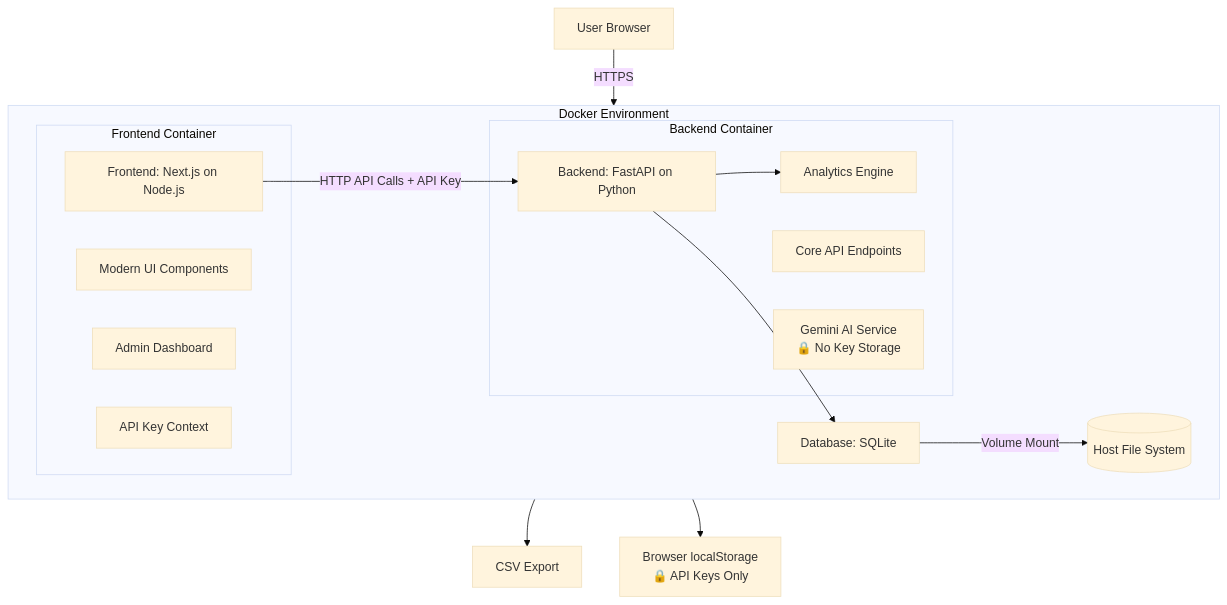
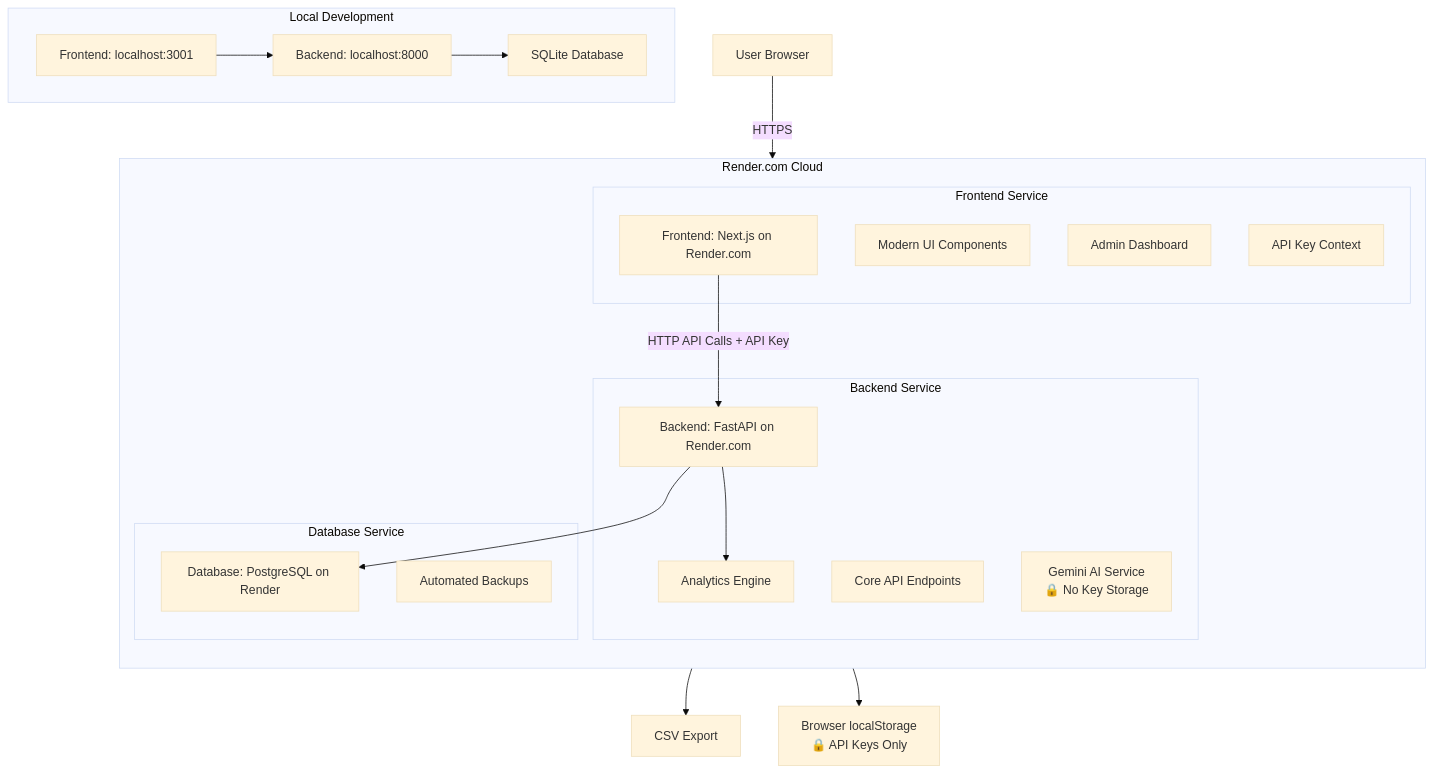
One commit to ozmendelsohn/genai-content-labeling-system changed the diagram in memory-bank/systemPatterns.md. Above: the diagram before and after it, drawn with Mermaid (base theme). The commit also changed other lines of this file and 9 other files, not shown here.

````diff
--- a/memory-bank/systemPatterns.md
+++ b/memory-bank/systemPatterns.md
@@ -13,27 +14,38 @@
 ```mermaid
 graph TD
-    User[User Browser] -->|HTTPS| FE[Frontend: Next.js on Node.js]
-    FE -->|HTTP API Calls + API Key| BE[Backend: FastAPI on Python]
-    BE --> DB[Database: SQLite]
+    User[User Browser] -->|HTTPS| FE[Frontend: Next.js on Render.com]
+    FE -->|HTTP API Calls + API Key| BE[Backend: FastAPI on Render.com]
+    BE --> DB[Database: PostgreSQL on Render]
     BE --> Analytics[Analytics Engine]
     Analytics --> Export[CSV Export]
     
     FE --> LocalStorage[Browser localStorage<br/>🔒 API Keys Only]
     
-    subgraph Docker Environment
-        direction LR
-        subgraph Frontend Container
+    subgraph Render.com Cloud
+        direction TB
+        subgraph Frontend Service
             FE
             UI[Modern UI Components]
             Dashboard[Admin Dashboard]
             APIContext[API Key Context]
         end
-        subgraph Backend Container
+        subgraph Backend Service
             BE
             API[Core API Endpoints]
             Analytics
             AI[Gemini AI Service<br/>🔒 No Key Storage]
         end
-        DB -- Volume Mount --> HostFS[(Host File System)]
+        subgraph Database Service
+            DB
+            Backup[Automated Backups]
+        end
+    end
+    
+    subgraph Local Development
+        LocalFE[Frontend: localhost:3001]
+        LocalBE[Backend: localhost:8000]
+        LocalDB[SQLite Database]
+        LocalFE --> LocalBE
+        LocalBE --> LocalDB
     end
 ```
````
